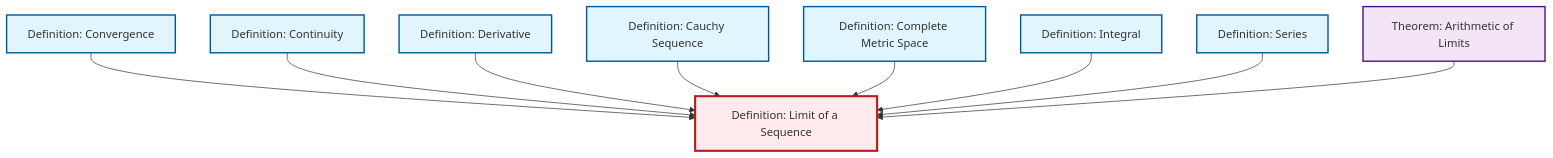
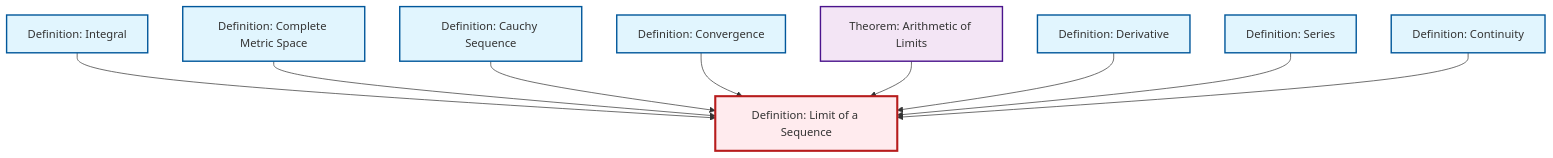
Before and after one commit to RK0429/ModernMath: the diagram in content/en/analysis/def-limit.qmd, drawn with Mermaid. The commit also changed other lines of this file and 619 other files, not shown here.

````diff
--- a/content/en/analysis/def-limit.qmd
+++ b/content/en/analysis/def-limit.qmd
@@ -48,35 +48,35 @@
 ```{mermaid}
 %%| fig-cap: "Local dependency graph"
 graph TD
     classDef definition fill:#e1f5fe,stroke:#01579b,stroke-width:2px
     classDef theorem fill:#f3e5f5,stroke:#4a148c,stroke-width:2px
     classDef axiom fill:#fff3e0,stroke:#e65100,stroke-width:2px
     classDef example fill:#e8f5e9,stroke:#1b5e20,stroke-width:2px
     classDef current fill:#ffebee,stroke:#b71c1c,stroke-width:3px
+    def-complete-metric-space["Definition: Complete Metric Space"]:::definition
+    def-convergence["Definition: Convergence"]:::definition
+    def-cauchy-sequence["Definition: Cauchy Sequence"]:::definition
     def-integral["Definition: Integral"]:::definition
+    def-series["Definition: Series"]:::definition
+    def-limit["Definition: Limit of a Sequence"]:::definition
+    thm-limit-arithmetic["Theorem: Arithmetic of Limits"]:::theorem
+    def-continuity["Definition: Continuity"]:::definition
     def-derivative["Definition: Derivative"]:::definition
-    def-complete-metric-space["Definition: Complete Metric Space"]:::definition
-    def-series["Definition: Series"]:::definition
-    thm-limit-arithmetic["Theorem: Arithmetic of Limits"]:::theorem
-    def-cauchy-sequence["Definition: Cauchy Sequence"]:::definition
-    def-convergence["Definition: Convergence"]:::definition
-    def-limit["Definition: Limit of a Sequence"]:::definition
-    def-continuity["Definition: Continuity"]:::definition
+    def-integral --> def-limit
+    def-complete-metric-space --> def-limit
+    def-cauchy-sequence --> def-limit
     def-convergence --> def-limit
+    thm-limit-arithmetic --> def-limit
+    def-derivative --> def-limit
+    def-series --> def-limit
     def-continuity --> def-limit
-    def-derivative --> def-limit
-    def-cauchy-sequence --> def-limit
-    def-complete-metric-space --> def-limit
-    def-integral --> def-limit
-    def-series --> def-limit
-    thm-limit-arithmetic --> def-limit
     class def-limit current
+    click def-complete-metric-space "def-complete-metric-space.html" "Go to Complete Metric Space definition"
+    click def-convergence "def-convergence.html" "Go to Convergence definition"
+    click def-cauchy-sequence "def-cauchy-sequence.html" "Go to Cauchy Sequence definition"
     click def-integral "def-integral.html" "Go to Integral definition"
-    click def-derivative "def-derivative.html" "Go to Derivative definition"
-    click def-complete-metric-space "def-complete-metric-space.html" "Go to Complete Metric Space definition"
     click def-series "def-series.html" "Go to Series definition"
     click thm-limit-arithmetic "thm-limit-arithmetic.html" "Go to Arithmetic of Limits theorem"
-    click def-cauchy-sequence "def-cauchy-sequence.html" "Go to Cauchy Sequence definition"
-    click def-convergence "def-convergence.html" "Go to Convergence definition"
     click def-continuity "def-continuity.html" "Go to Continuity definition"
+    click def-derivative "def-derivative.html" "Go to Derivative definition"
 ```
````
